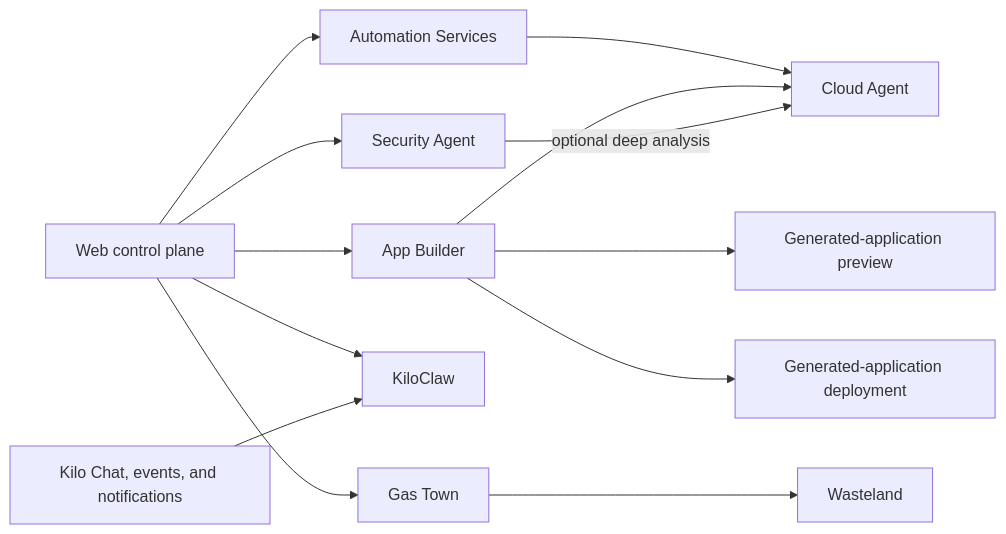
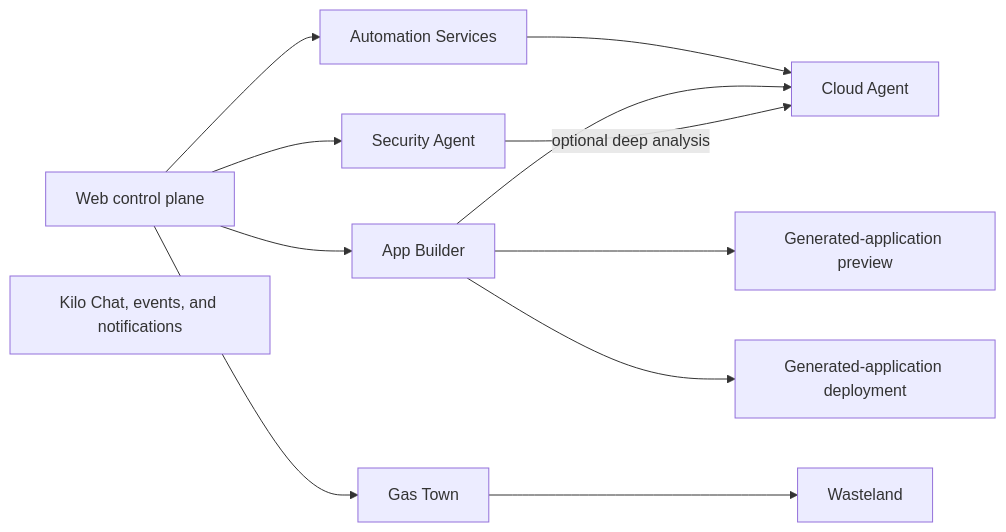
The second of 2 diagrams in packages/kilo-docs/pages/contributing/architecture/index.md (JorkeyLiu/kilocode), drawn with Mermaid before and after one commit. The commit also changed other lines of this file and 1216 other files, not shown here.

````diff
--- a/packages/kilo-docs/pages/contributing/architecture/index.md
+++ b/packages/kilo-docs/pages/contributing/architecture/index.md
@@ -128,24 +126,21 @@
 ```mermaid
 flowchart LR
   web["Web control plane"]
   workers["Automation Services"]
   agent["Cloud Agent"]
   builder["App Builder"]
   preview["Generated-application preview"]
   deploy["Generated-application deployment"]
   security["Security Agent"]
   chat["Kilo Chat, events, and notifications"]
-  claw["KiloClaw"]
   town["Gas Town"]
   wasteland["Wasteland"]
 
   web --> workers --> agent
   web --> builder --> agent
   builder --> preview
   builder --> deploy
   web --> security
   security -->|"optional deep analysis"| agent
-  web --> claw
-  chat --> claw
   web --> town --> wasteland
 ```
````
